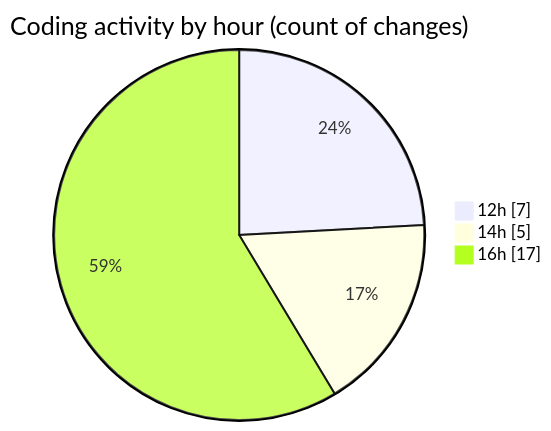
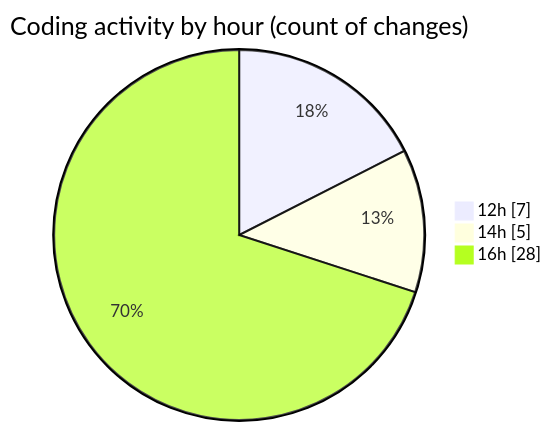
The second of 2 diagrams in 2025-10-06/eventscop-frontend-guide__workspace_/README.md (julien-gomy/code-tracking), drawn with Mermaid before and after one commit. The commit also changed other lines of this file and 1 other file, not shown here.

````diff
--- a/2025-10-06/eventscop-frontend-guide__workspace_/README.md
+++ b/2025-10-06/eventscop-frontend-guide__workspace_/README.md
@@ -41,7 +52,7 @@
 ```mermaid
 pie showData
 title Coding activity by hour (count of changes)
 "12h" : 7
 "14h" : 5
-"16h" : 17
+"16h" : 28
 ```
````
